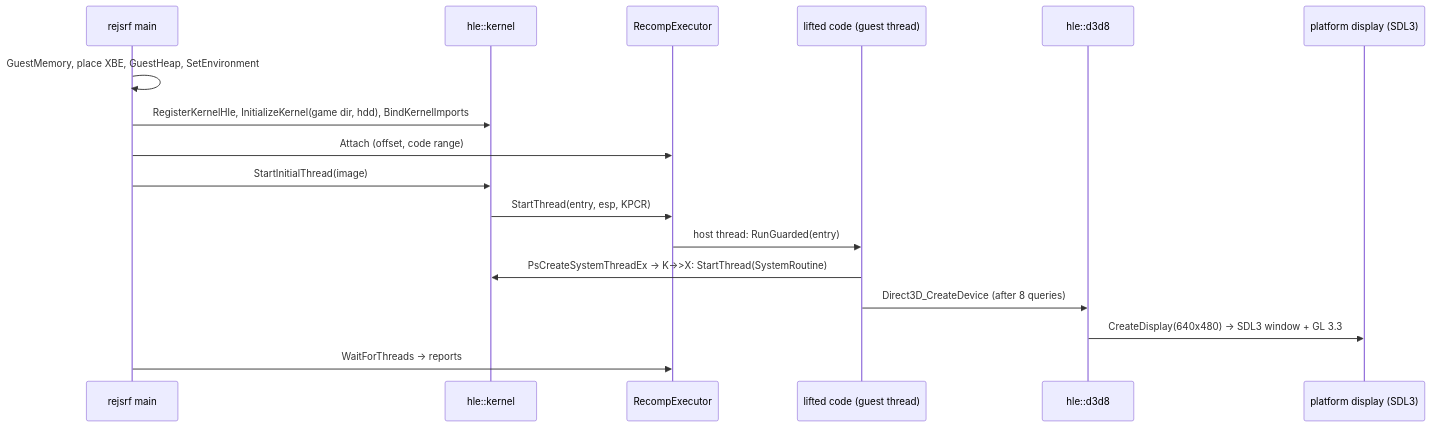
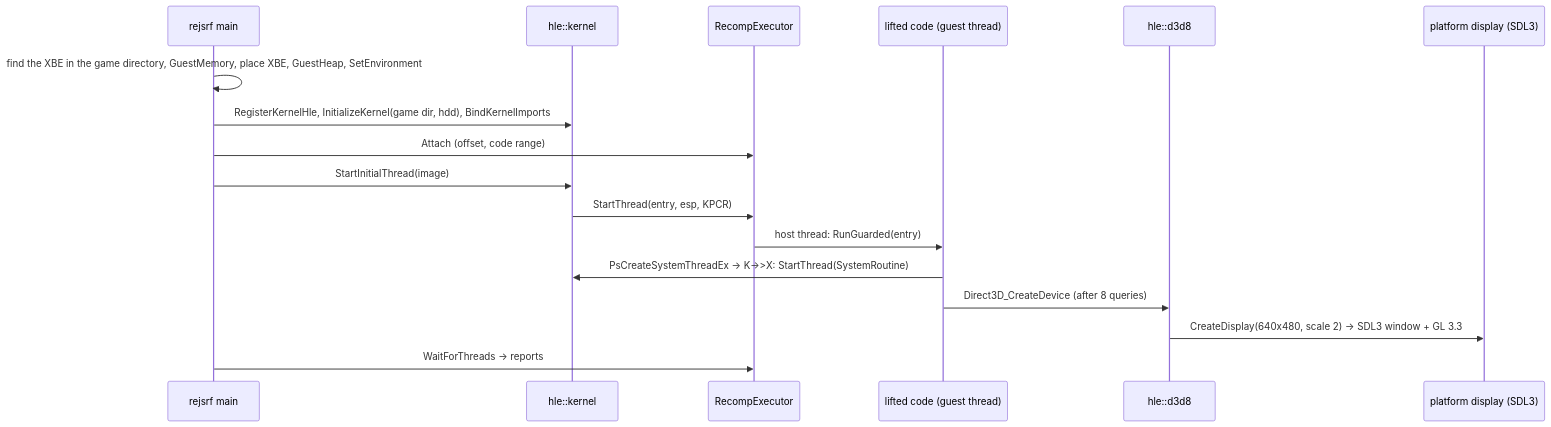
The third of 3 diagrams in ARCHITECTURE.md (nworkers/reJSRF), drawn with Mermaid before and after one commit. The commit also changed other lines of this file and 34 other files, not shown here.

First line of the commit message:
v0.0.13: rePIU-style window, game directory argument, WIP post with screenshots (#34)

````diff
--- a/ARCHITECTURE.md
+++ b/ARCHITECTURE.md
@@ -119,19 +119,19 @@
 ```mermaid
 sequenceDiagram
     participant App as rejsrf main
     participant K as hle::kernel
     participant X as RecompExecutor
     participant G as lifted code (guest thread)
     participant D3D as hle::d3d8
     participant P as platform display (SDL3)
-    App->>App: GuestMemory, place XBE, GuestHeap, SetEnvironment
+    App->>App: find the XBE in the game directory, GuestMemory, place XBE, GuestHeap, SetEnvironment
     App->>K: RegisterKernelHle, InitializeKernel(game dir, hdd), BindKernelImports
     App->>X: Attach (offset, code range)
     App->>K: StartInitialThread(image)
     K->>X: StartThread(entry, esp, KPCR)
     X->>G: host thread: RunGuarded(entry)
     G->>K: PsCreateSystemThreadEx -> K->>X: StartThread(SystemRoutine)
     G->>D3D: Direct3D_CreateDevice (after 8 queries)
-    D3D->>P: CreateDisplay(640x480) -> SDL3 window + GL 3.3
+    D3D->>P: CreateDisplay(640x480, scale 2) -> SDL3 window + GL 3.3
     App->>X: WaitForThreads -> reports
 ```
````
